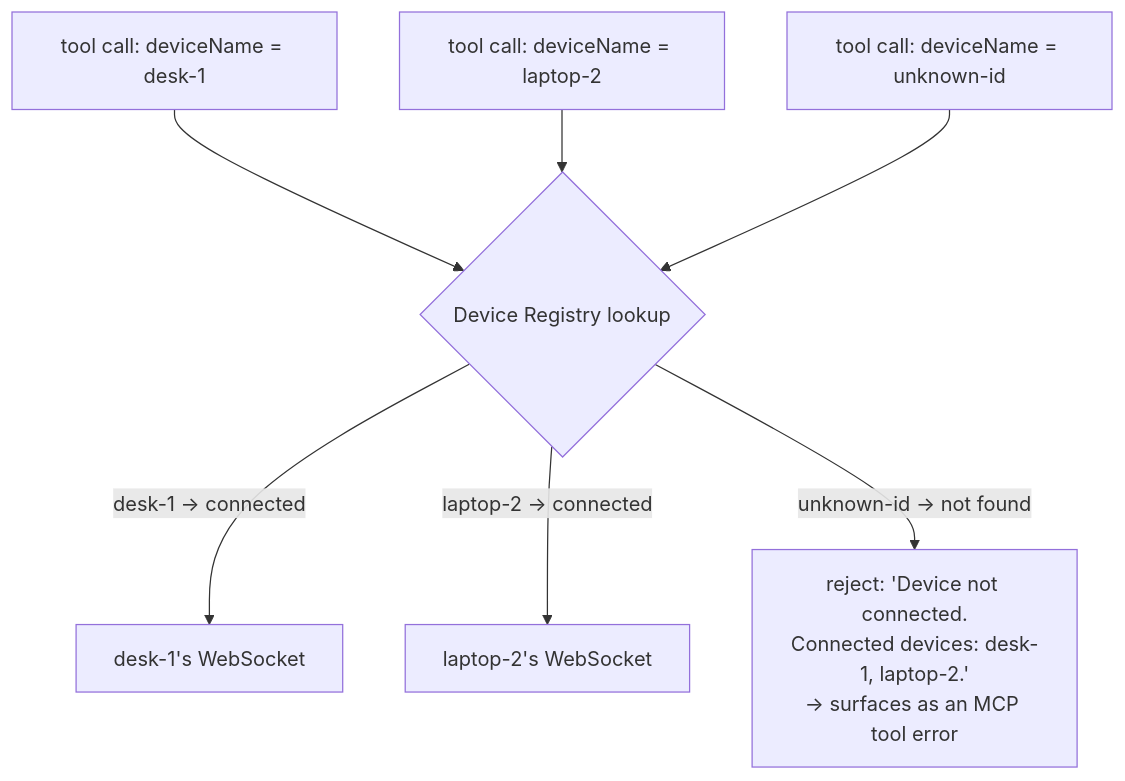
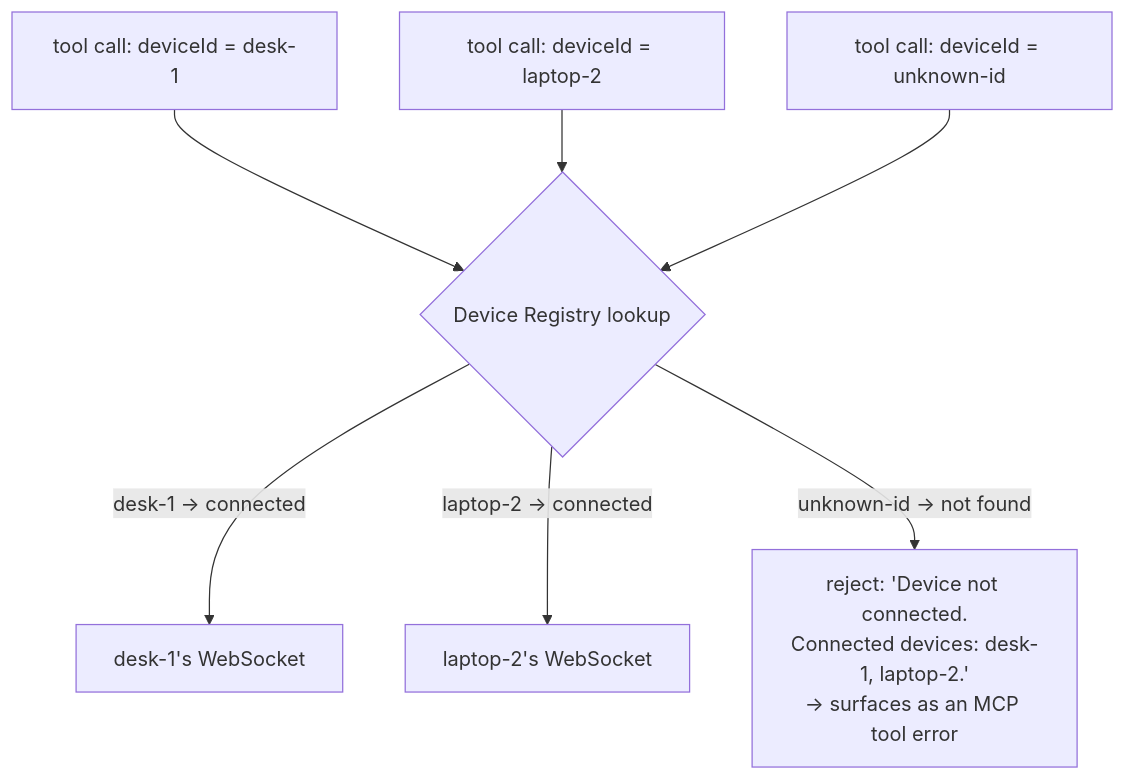
One commit to Marathe-Dev/MCPServer changed the fourth of 4 diagrams in docs/MULTI_DEVICE_FLOW.md. Above: the diagram before and after it, drawn with Mermaid. The commit also changed other lines of this file and 32 other files, not shown here.

Commit message:
added DeviceId and Device Name

````diff
--- a/docs/MULTI_DEVICE_FLOW.md
+++ b/docs/MULTI_DEVICE_FLOW.md
@@ -135,9 +135,9 @@
 ```mermaid
 graph TD
-    C1["tool call: deviceName = desk-1"] --> L{"Device Registry lookup"}
-    C2["tool call: deviceName = laptop-2"] --> L
-    C3["tool call: deviceName = unknown-id"] --> L
+    C1["tool call: deviceId = desk-1"] --> L{"Device Registry lookup"}
+    C2["tool call: deviceId = laptop-2"] --> L
+    C3["tool call: deviceId = unknown-id"] --> L
     L -->|"desk-1 → connected"| D1[desk-1's WebSocket]
     L -->|"laptop-2 → connected"| D2[laptop-2's WebSocket]
     L -->|"unknown-id → not found"| ERR["reject: 'Device not connected.<br/>Connected devices: desk-1, laptop-2.'<br/>→ surfaces as an MCP tool error"]
 ```
````
